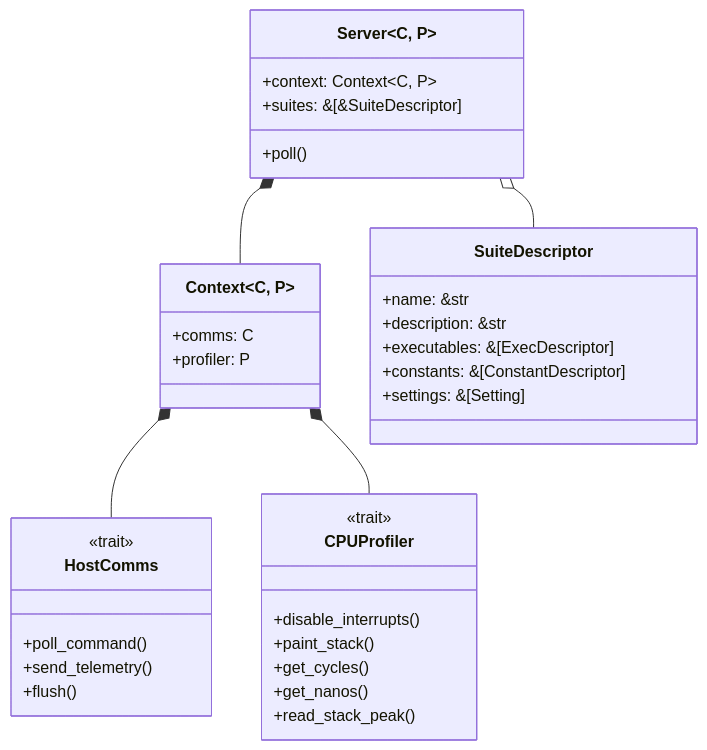
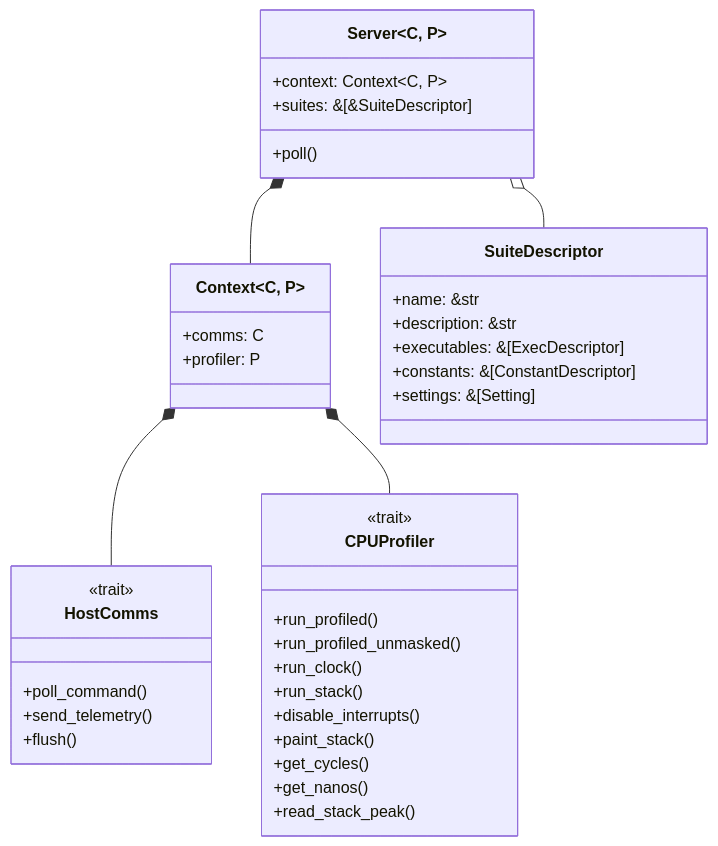
One commit to Dyse-Industries/control-rs changed the second of 2 diagrams in documentation/ets/embedded-test-server-design.md. Above: the diagram before and after it, drawn with Mermaid. The commit also changed other lines of this file and 11 other files, not shown here.

````diff
--- a/documentation/ets/embedded-test-server-design.md
+++ b/documentation/ets/embedded-test-server-design.md
@@ -146,42 +149,46 @@
 ```mermaid
 classDiagram
     class Server~C, P~ {
 +context: Context~C, P~
 +suites: &[&SuiteDescriptor]
 +poll()
 }
 
 class Context~C, P~ {
 +comms: C
 +profiler: P
  }
 
 class HostComms {
 <<trait>>
 +poll_command()
 +send_telemetry()
 +flush()
 }
 
 class CPUProfiler {
 <<trait>>
++run_profiled()
++run_profiled_unmasked()
++run_clock()
++run_stack()
 +disable_interrupts()
 +paint_stack()
 +get_cycles()
 +get_nanos()
 +read_stack_peak()
 }
 
 class SuiteDescriptor {
 +name: &str
 +description: &str
 +executables: &[ExecDescriptor]
 +constants: &[ConstantDescriptor]
 +settings: &[Setting]
 }
 
 Server *-- Context
 Server o-- SuiteDescriptor
 Context *-- HostComms
 Context *-- CPUProfiler
 ```
````
